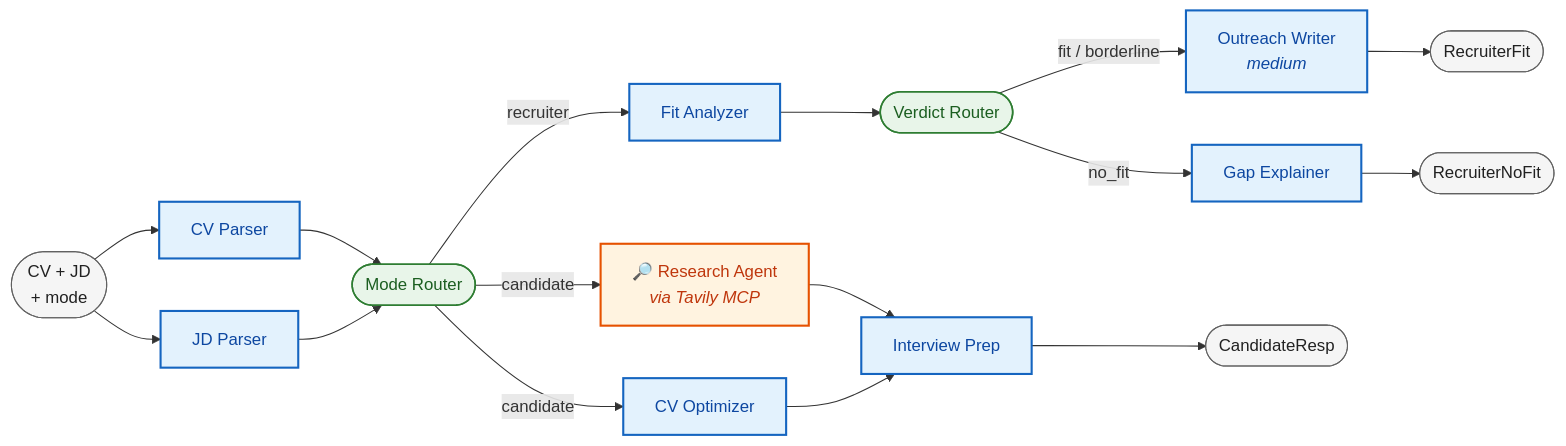
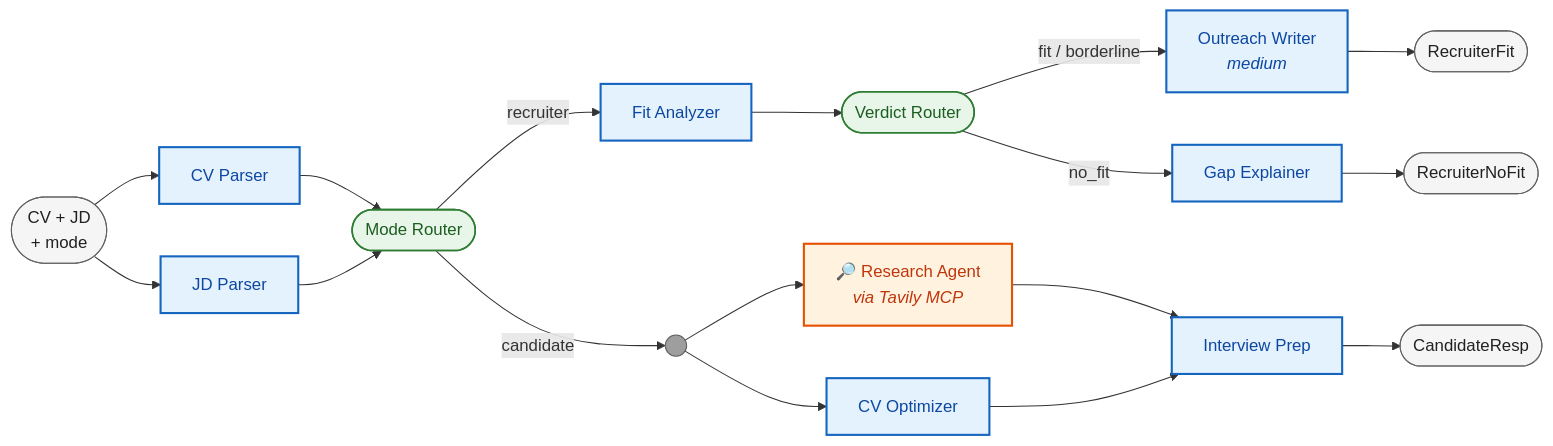
One commit to Naji-Najari/career-copilot changed the diagram in README.md. Above: the diagram before and after it, drawn with Mermaid.

Commit message:
feat: update README to include fork representation in agent diagram

````diff
--- a/README.md
+++ b/README.md
@@ -39,28 +39,30 @@
 ```mermaid
 flowchart LR
     IN(["CV + JD<br/>+ mode"]):::io
 
     IN --> CV[CV Parser]:::agent
     IN --> JD[JD Parser]:::agent
     CV --> MR(["Mode Router"]):::router
     JD --> MR
 
     MR -- recruiter --> FA[Fit Analyzer]:::agent
     FA --> VR(["Verdict Router"]):::router
     VR -- fit / borderline --> OW["Outreach Writer<br/><i>medium</i>"]:::agent
     VR -- no_fit --> GE[Gap Explainer]:::agent
 
-    MR -- candidate --> RA["🔎 Research Agent<br/><i>via Tavily MCP</i>"]:::tool_agent
-    MR -- candidate --> CO[CV Optimizer]:::agent
+    MR -- candidate --> CFORK((·)):::fork
+    CFORK --> RA["🔎 Research Agent<br/><i>via Tavily MCP</i>"]:::tool_agent
+    CFORK --> CO[CV Optimizer]:::agent
     RA --> IP[Interview Prep]:::agent
     CO --> IP
 
     OW --> OUT1(["RecruiterFit"]):::io
     GE --> OUT2(["RecruiterNoFit"]):::io
     IP --> OUT3(["CandidateResp"]):::io
 
     classDef agent fill:#E3F2FD,stroke:#1565C0,stroke-width:2px,color:#0D47A1
     classDef tool_agent fill:#FFF3E0,stroke:#E65100,stroke-width:2px,color:#BF360C
     classDef router fill:#E8F5E9,stroke:#2E7D32,stroke-width:1.5px,color:#1B5E20
+    classDef fork fill:#9E9E9E,stroke:#616161,stroke-width:1px,color:#9E9E9E
     classDef io fill:#F5F5F5,stroke:#616161,stroke-width:1px,color:#212121
 ```
````
